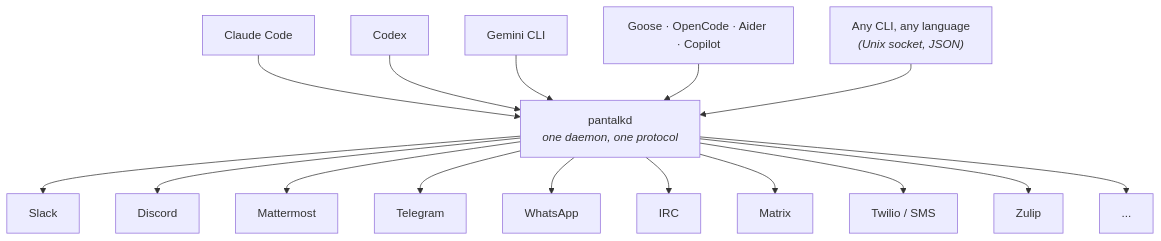
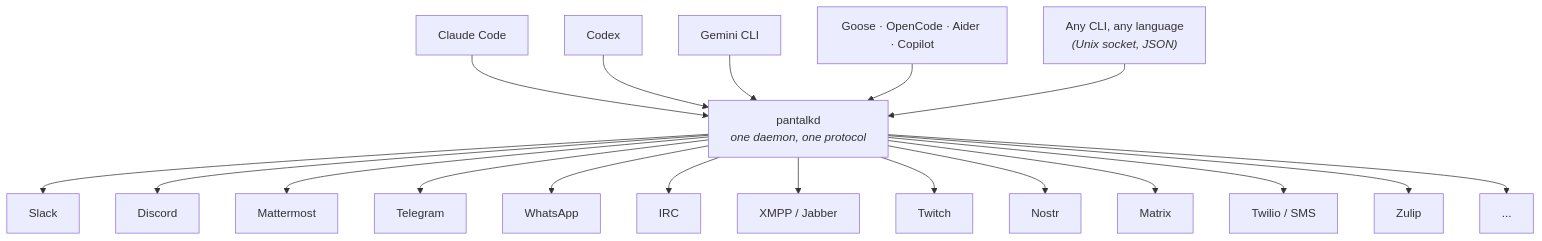
One commit to pantalk/pantalk changed the diagram in README.md. Above: the diagram before and after it, drawn with Mermaid. The commit also changed other lines of this file and 27 other files, not shown here.

````diff
--- a/README.md
+++ b/README.md
@@ -40,19 +41,22 @@
 ```mermaid
 graph TD
     Claude["Claude Code"] --> Daemon
     Codex["Codex"] --> Daemon
     Gemini["Gemini CLI"] --> Daemon
     Goose["Goose · OpenCode · Aider · Copilot"] --> Daemon
     Any["Any CLI, any language<br/><em>(Unix socket, JSON)</em>"] --> Daemon
     Daemon["pantalkd<br/><em>one daemon, one protocol</em>"]
     Daemon --> Slack
     Daemon --> Discord
     Daemon --> Mattermost
     Daemon --> Telegram
     Daemon --> WhatsApp
     Daemon --> IRC
+    Daemon --> XMPP["XMPP / Jabber"]
+    Daemon --> Twitch
+    Daemon --> Nostr
     Daemon --> Matrix
     Daemon --> Twilio["Twilio / SMS"]
     Daemon --> Zulip
     Daemon --> More["..."]
 ```
````
